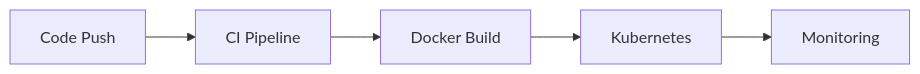
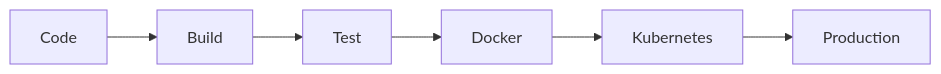
The diagram in README.md (aliahmad28865-md/aliahmad28865-md), drawn with Mermaid before and after one commit. The commit also changed other lines of this file, not shown here.

````diff
--- a/README.md
+++ b/README.md
@@ -68,7 +49,8 @@
 ```mermaid
 flowchart LR
-A[Code Push] --> B[CI Pipeline]
-B --> C[Docker Build]
-C --> D[Kubernetes]
-D --> E[Monitoring]
+A[Code] --> B[Build]
+B --> C[Test]
+C --> D[Docker]
+D --> E[Kubernetes]
+E --> F[Production]
 ```
````
